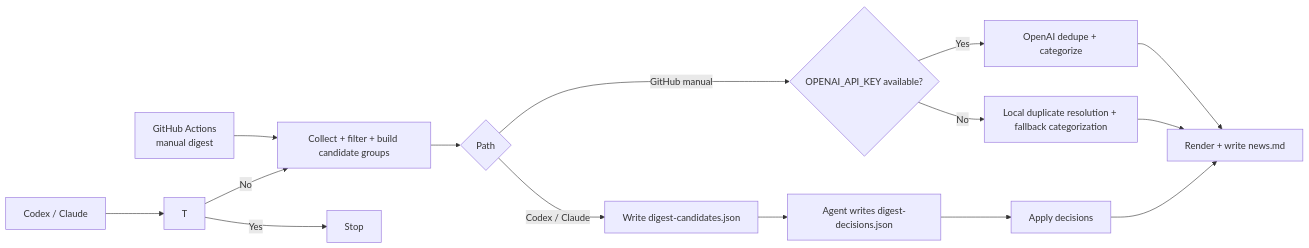
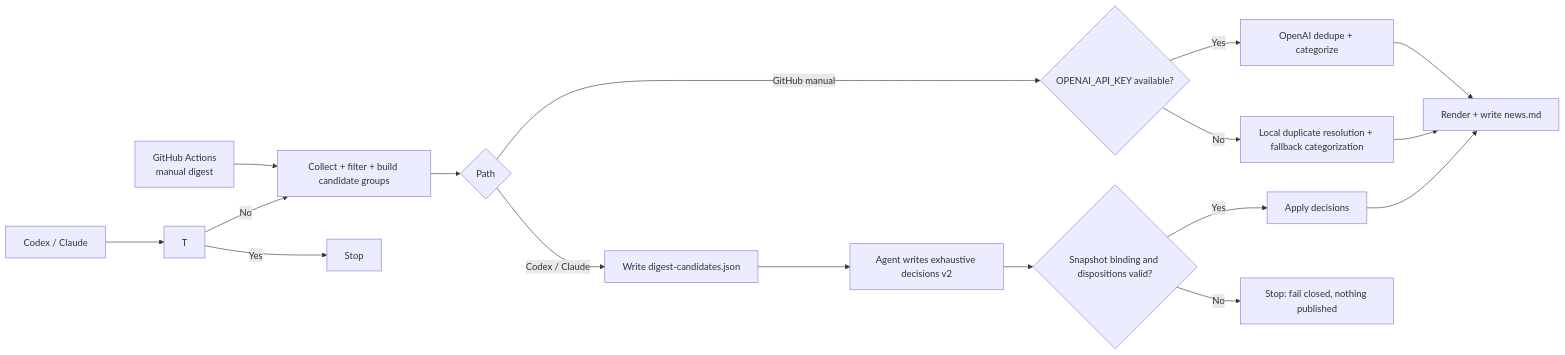
Before and after one commit to ActioBio/bio-news-agent: the second of 2 diagrams in docs/architecture.md, drawn with Mermaid. The commit also changed other lines of this file and 2 other files, not shown here.

Commit message:
docs(decisions): Document bound Bio decisions

````diff
--- a/docs/architecture.md
+++ b/docs/architecture.md
@@ -60,17 +60,19 @@
 ```mermaid
 flowchart LR
     GH[GitHub Actions<br/>manual digest] --> C[Collect + filter + build candidate groups]
     AGENT[Codex / Claude] --> T
     T -- Yes --> S[Stop]
     T -- No --> C
     C --> P{Path}
     P -- GitHub manual --> K1{OPENAI_API_KEY available?}
     K1 -- Yes --> L[OpenAI dedupe + categorize]
     K1 -- No --> R[Local duplicate resolution + fallback categorization]
     P -- Codex / Claude --> X[Write digest-candidates.json]
-    X --> Y[Agent writes digest-decisions.json]
-    Y --> Z[Apply decisions]
+    X --> Y[Agent writes exhaustive decisions v2]
+    Y --> V{Snapshot binding and dispositions valid?}
+    V -- Yes --> Z[Apply decisions]
+    V -- No --> F[Stop: fail closed, nothing published]
     L --> W[Render + write news.md]
     R --> W
     Z --> W
 ```
````
